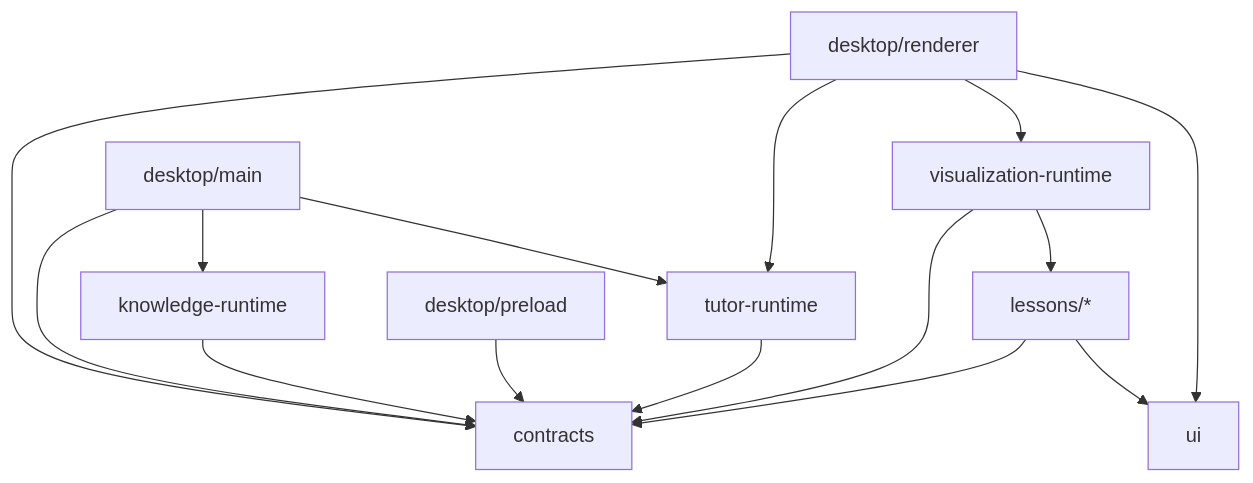
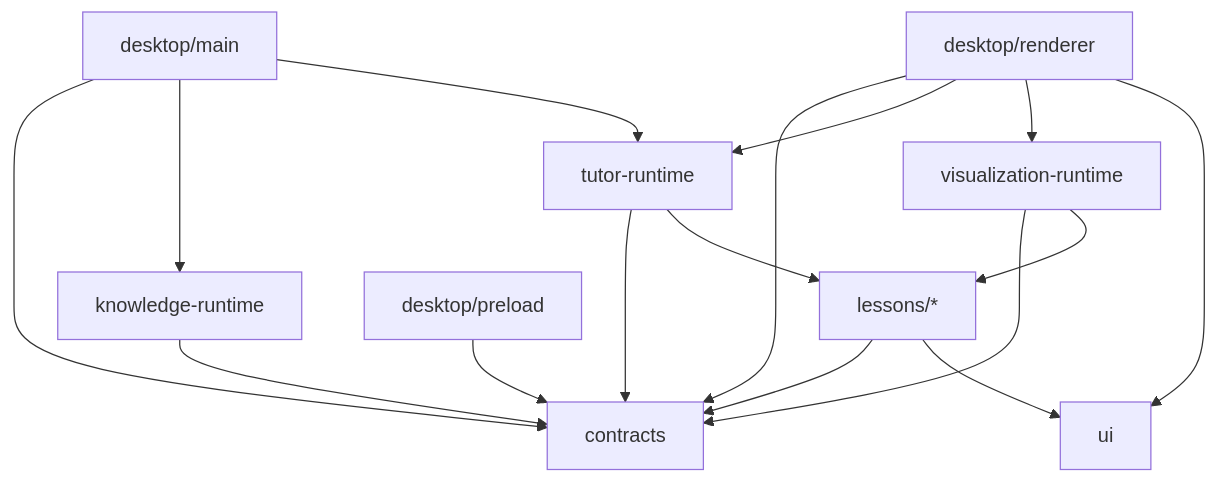
Before and after one commit to umico8832/AiStu: the second of 5 diagrams in docs/ARCHITECTURE.md, drawn with Mermaid. The commit also changed other lines of this file and 57 other files, not shown here.

````diff
--- a/docs/ARCHITECTURE.md
+++ b/docs/ARCHITECTURE.md
@@ -75,18 +75,19 @@
 ```mermaid
 flowchart TD
     Contracts["contracts"]
     Knowledge["knowledge-runtime"] --> Contracts
     Tutor["tutor-runtime"] --> Contracts
+    Tutor --> Lessons
     Lessons["lessons/*"] --> Contracts
     Lessons --> UI["ui"]
     Visual["visualization-runtime"] --> Contracts
     Visual --> Lessons
     Main["desktop/main"] --> Contracts
     Main --> Knowledge
     Main --> Tutor
     Preload["desktop/preload"] --> Contracts
     Renderer["desktop/renderer"] --> Contracts
     Renderer --> Tutor
     Renderer --> Visual
     Renderer --> UI
 ```
````
